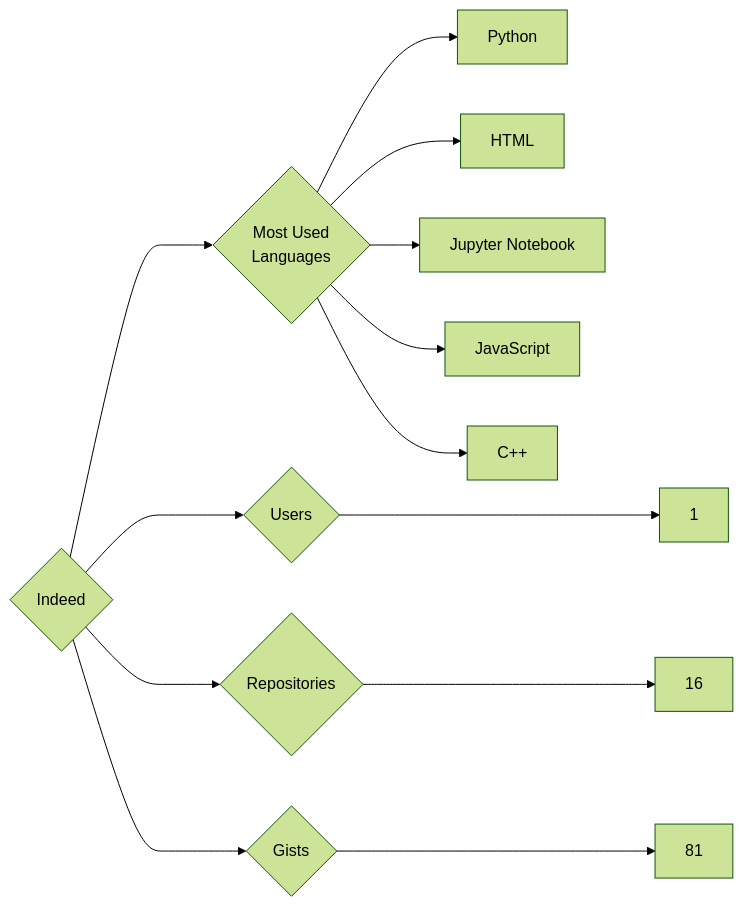
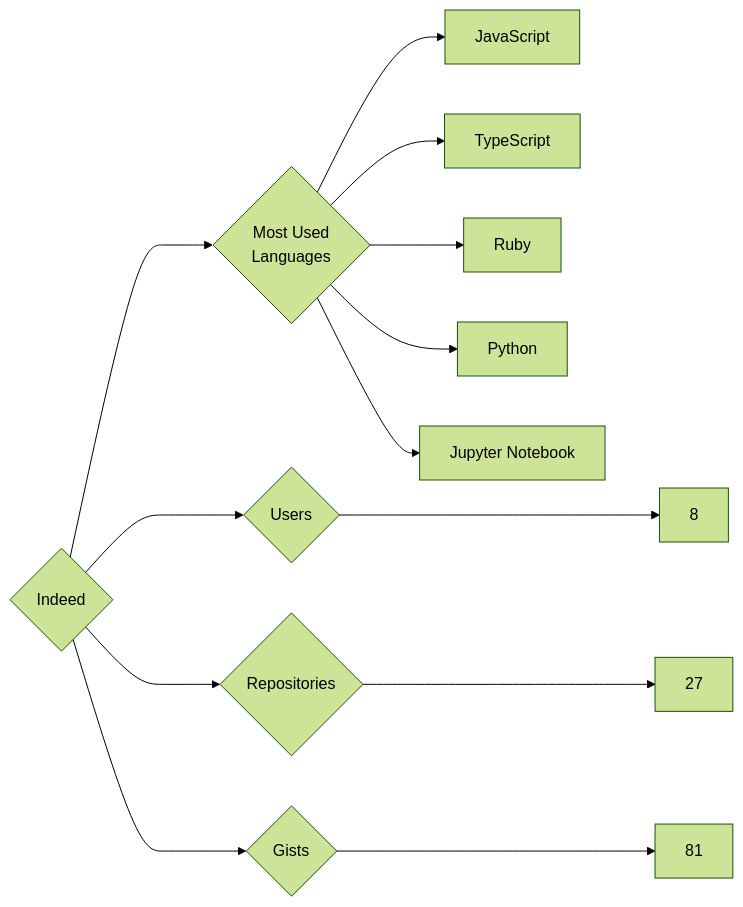
Before and after one commit to trickest/insiders: the diagram in targets/Indeed/README.md, drawn with Mermaid (forest theme). The commit also changed 888 other files, not shown here.

````diff
--- a/targets/Indeed/README.md
+++ b/targets/Indeed/README.md
@@ -3,13 +3,13 @@
 ```mermaid
 graph LR
 COMPANY_NAME{Indeed}
-COMPANY_NAME ---> U{Users} ---> UN[1]
-COMPANY_NAME ---> R{Repositories} ---> RN[16]
+COMPANY_NAME ---> U{Users} ---> UN[8]
+COMPANY_NAME ---> R{Repositories} ---> RN[27]
 COMPANY_NAME ---> G{Gists} ---> GN[81]
 COMPANY_NAME ---> ML{Most Used<br>Languages}
+ML --> JavaScript[JavaScript]
+ML --> TypeScript[TypeScript]
+ML --> Ruby[Ruby]
 ML --> Python[Python]
-ML --> HTML[HTML]
 ML --> Jupyter_Notebook[Jupyter Notebook]
-ML --> JavaScript[JavaScript]
-ML --> C++[C++]
 ```
````
